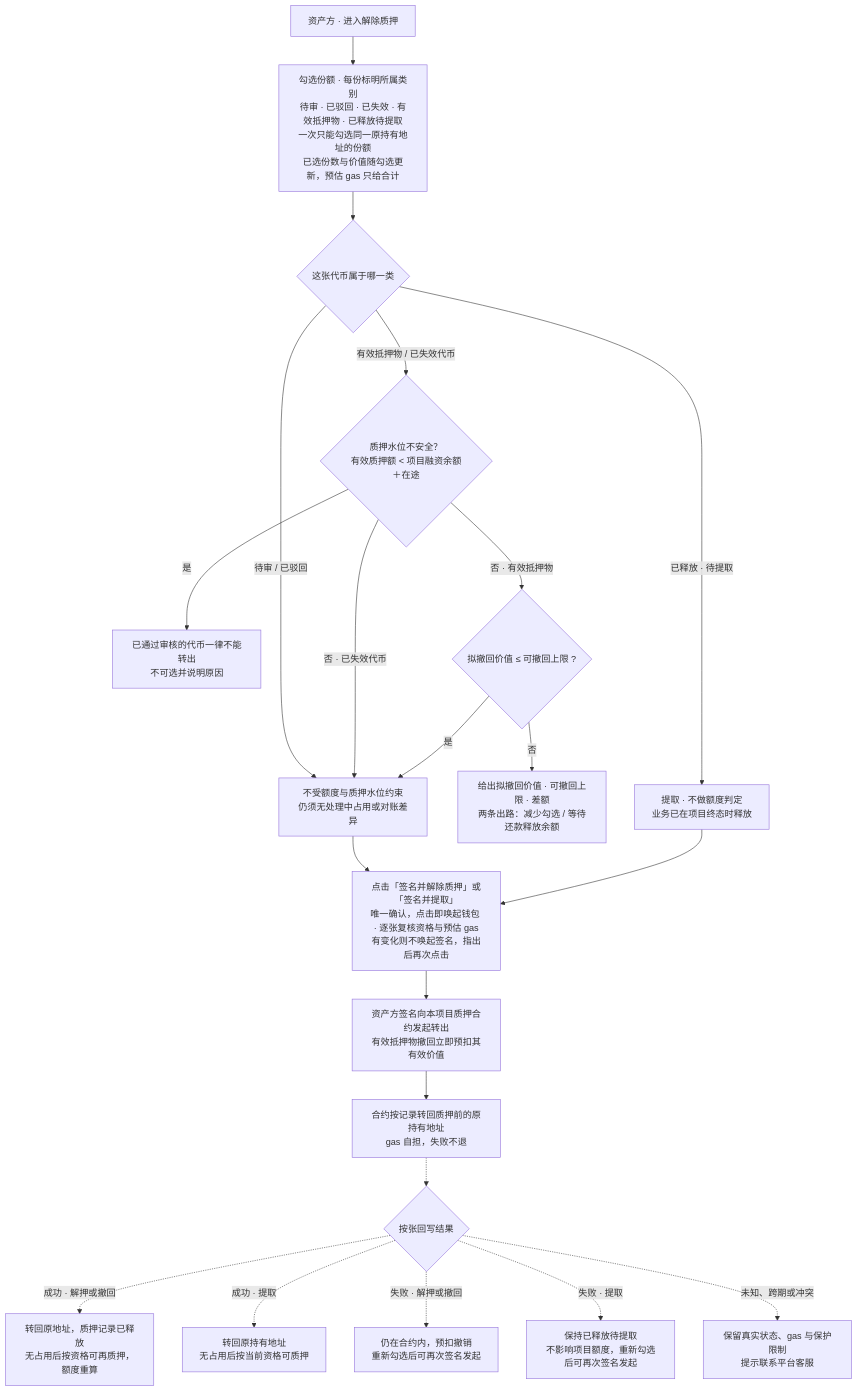
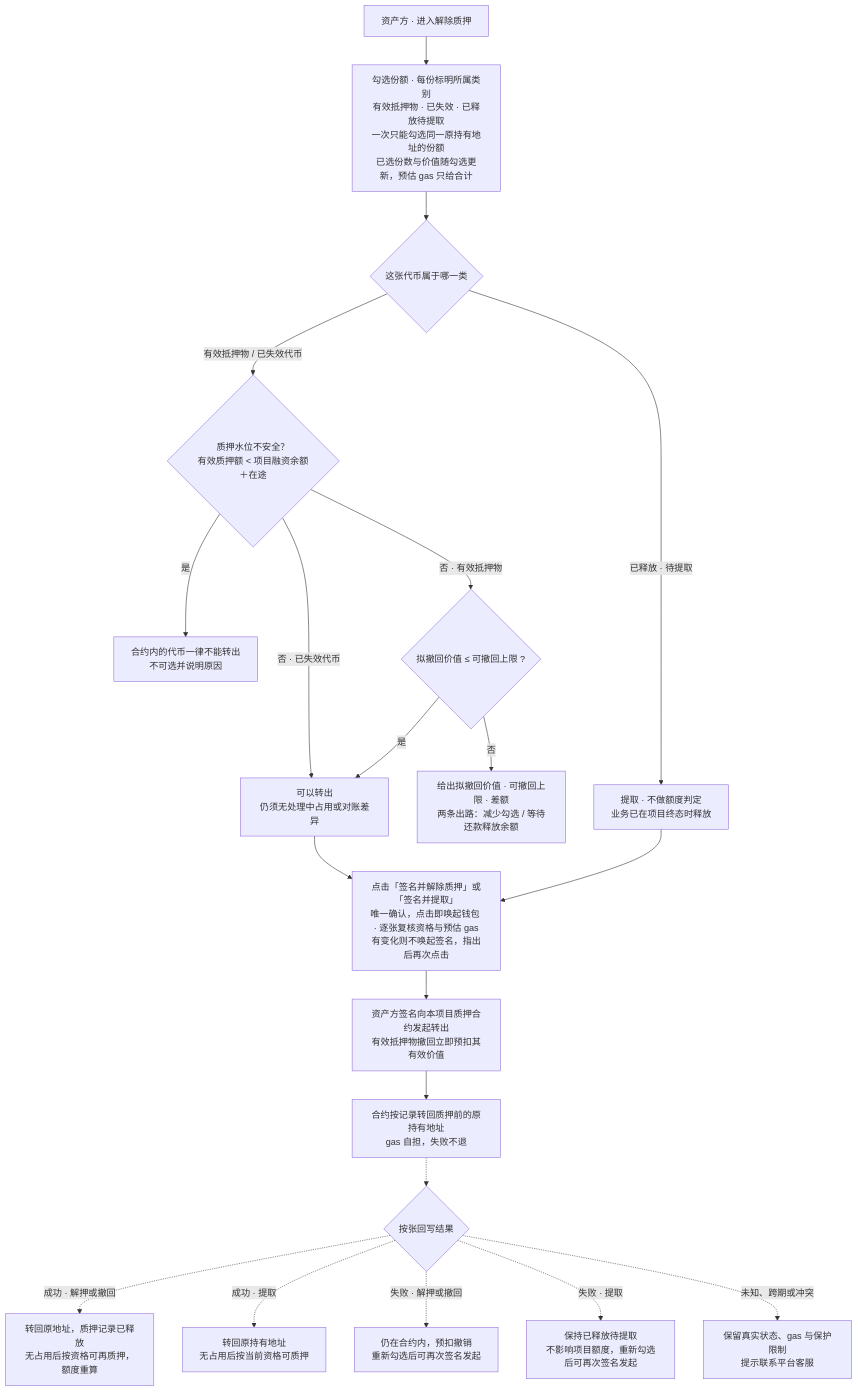
Before and after one commit to wxblockchain/Chain-Financing: the third of 9 diagrams in lending-platform/PRD/面客端/05-借贷广场-融资需求与代币质押/02-融资需求与代币质押-流程图与状态机.md, drawn with Mermaid. The commit also changed other lines of this file and 28 other files, not shown here.

````diff
--- a/lending-platform/PRD/面客端/05-借贷广场-融资需求与代币质押/02-融资需求与代币质押-流程图与状态机.md
+++ b/lending-platform/PRD/面客端/05-借贷广场-融资需求与代币质押/02-融资需求与代币质押-流程图与状态机.md
@@ -89,23 +82,22 @@
 ```mermaid
 flowchart TD
-  A["资产方 · 进入解除质押"] --> B["勾选份额 · 每份标明所属类别<br/>待审 · 已驳回 · 已失效 · 有效抵押物 · 已释放待提取<br/>一次只能勾选同一原持有地址的份额<br/>已选份数与价值随勾选更新，预估 gas 只给合计"]
+  A["资产方 · 进入解除质押"] --> B["勾选份额 · 每份标明所属类别<br/>有效抵押物 · 已失效 · 已释放待提取<br/>一次只能勾选同一原持有地址的份额<br/>已选份数与价值随勾选更新，预估 gas 只给合计"]
   B --> C{"这张代币属于哪一类"}
-  C -- "待审 / 已驳回" --> D["不受额度与质押水位约束<br/>仍须无处理中占用或对账差异"]
   C -- "有效抵押物 / 已失效代币" --> W{"质押水位不安全？<br/>有效质押额 < 项目融资余额＋在途"}
-  W -- "是" --> X["已通过审核的代币一律不能转出<br/>不可选并说明原因"]
-  W -- "否 · 已失效代币" --> D
+  W -- "是" --> X["合约内的代币一律不能转出<br/>不可选并说明原因"]
+  W -- "否 · 已失效代币" --> D["可以转出<br/>仍须无处理中占用或对账差异"]
   W -- "否 · 有效抵押物" --> E{"拟撤回价值 ≤ 可撤回上限 ?"}
   E -- "否" --> F["给出拟撤回价值 · 可撤回上限 · 差额<br/>两条出路：减少勾选 / 等待还款释放余额"]
   E -- "是" --> D
   C -- "已释放 · 待提取" --> G["提取 · 不做额度判定<br/>业务已在项目终态时释放"]
   D --> CONF["点击「签名并解除质押」或「签名并提取」<br/>唯一确认，点击即唤起钱包 · 逐张复核资格与预估 gas<br/>有变化则不唤起签名，指出后再次点击"]
   G --> CONF
   CONF --> H["资产方签名向本项目质押合约发起转出<br/>有效抵押物撤回立即预扣其有效价值"]
   H --> I["合约按记录转回质押前的原持有地址<br/>gas 自担，失败不退"]
   I -.-> J{"按张回写结果"}
   J -. "成功 · 解押或撤回" .-> K["转回原地址，质押记录已释放<br/>无占用后按资格可再质押，额度重算"]
   J -. "成功 · 提取" .-> L["转回原持有地址<br/>无占用后按当前资格可质押"]
   J -. "失败 · 解押或撤回" .-> M["仍在合约内，预扣撤销<br/>重新勾选后可再次签名发起"]
   J -. "失败 · 提取" .-> N["保持已释放待提取<br/>不影响项目额度，重新勾选后可再次签名发起"]
   J -. "未知、跨期或冲突" .-> O["保留真实状态、gas 与保护限制<br/>提示联系平台客服"]
 ```
````
